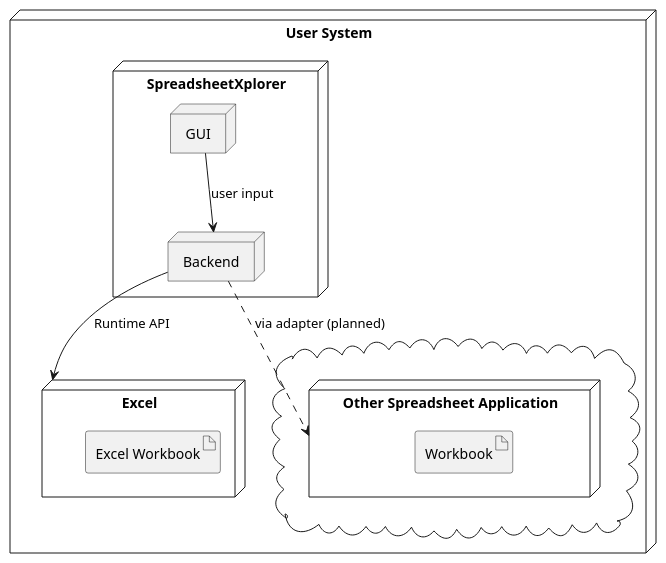
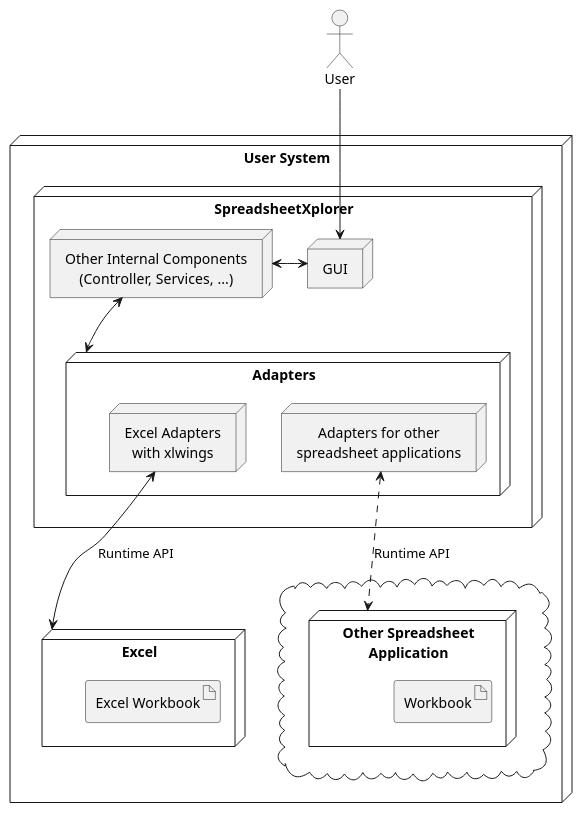
One commit to ByeByeExcel/SpreadsheetExplorer changed the diagram in diagrams/plantuml/architecture/deployment.puml. Above: the diagram before and after it, drawn with PlantUML. The commit also changed 16 other files, not shown here.

Commit message:
* replaced [] with <> in diagrams * made public properties private where possible

```diff
--- a/diagrams/plantuml/architecture/deployment.puml
+++ b/diagrams/plantuml/architecture/deployment.puml
@@ -1,25 +1,36 @@
 @startuml
 skinparam defaultTextAlignment center
-
+actor User
 node "User System" {
     node "SpreadsheetXplorer" {
         node "GUI"
-        node "Backend"
+        node "Adapters" {
+            node "Excel Adapters\nwith xlwings" as xlwings
+            node "Adapters for other\nspreadsheet applications" as lib
+        }
+        node "Other Internal Components\n(Controller, Services, ...)" as _internal
     }
 
     node "Excel" {
         artifact "Excel Workbook"
     }
 
     cloud {
-        node "Other Spreadsheet Application" {
+        node "Other Spreadsheet\nApplication" {
             artifact "Workbook"
         }
     }
 }
 
-GUI --> Backend : user input
-Backend --> Excel : Runtime API
-Backend ..> "Other Spreadsheet Application" : via adapter (planned)
 
+
+
+
+User --> GUI
+xlwings <--> Excel : Runtime API
+lib <..> "Other Spreadsheet\nApplication" : Runtime API
+GUI -[hidden]-> "Adapters"
+
+GUI <-left-> _internal
+_internal <-down-> "Adapters"
 @enduml
```
